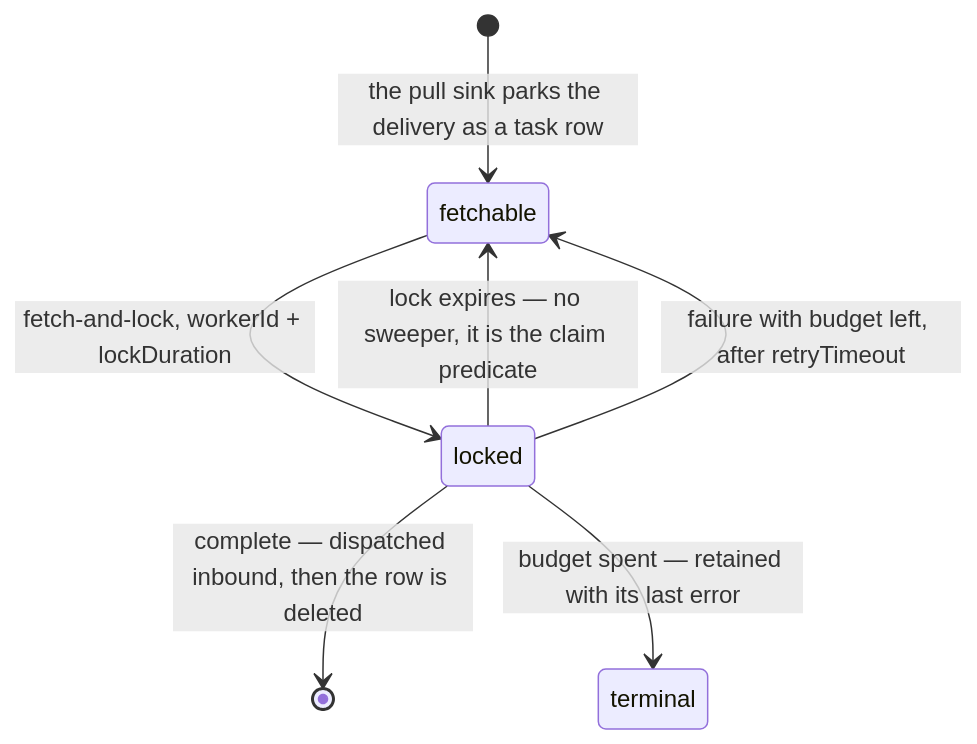
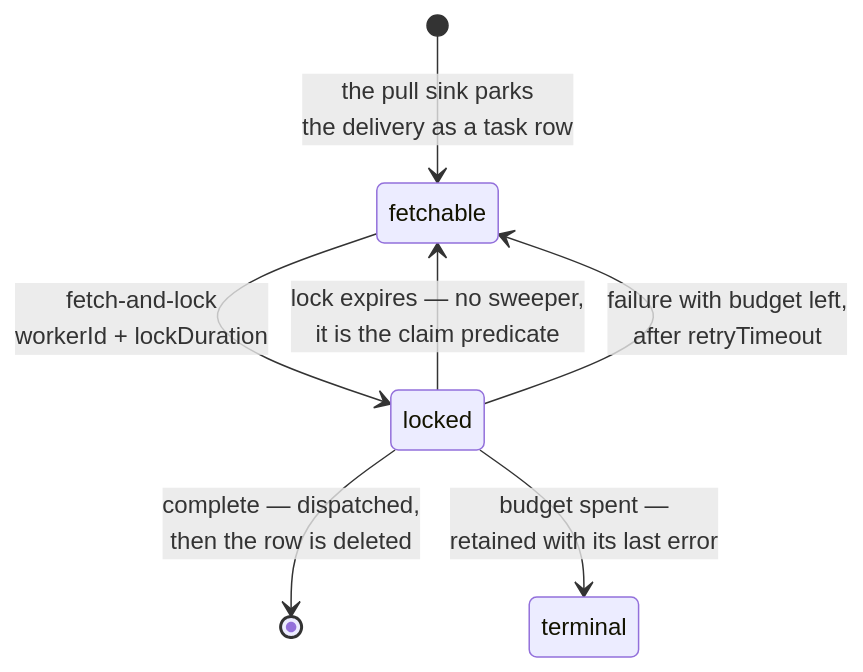
One commit to startr-trade/sutra changed the first of 2 diagrams in docs/src/building/external-tasks.md. Above: the diagram before and after it, drawn with Mermaid. The commit also changed 18 other files, not shown here.

Commit message:
(docs) Update to the documentation diagrams

````diff
--- a/docs/src/building/external-tasks.md
+++ b/docs/src/building/external-tasks.md
@@ -82,9 +82,9 @@
 ```mermaid
 stateDiagram-v2
-    [*] --> fetchable: the pull sink parks the delivery as a task row
-    fetchable --> locked: fetch-and-lock, workerId + lockDuration
-    locked --> fetchable: lock expires — no sweeper, it is the claim predicate
-    locked --> fetchable: failure with budget left, after retryTimeout
-    locked --> [*]: complete — dispatched inbound, then the row is deleted
-    locked --> terminal: budget spent — retained with its last error
+    [*] --> fetchable: the pull sink parks<br/>the delivery as a task row
+    fetchable --> locked: fetch-and-lock<br/>workerId + lockDuration
+    locked --> fetchable: lock expires — no sweeper,<br/>it is the claim predicate
+    locked --> fetchable: failure with budget left,<br/>after retryTimeout
+    locked --> [*]: complete — dispatched,<br/>then the row is deleted
+    locked --> terminal: budget spent —<br/>retained with its last error
 ```
````
